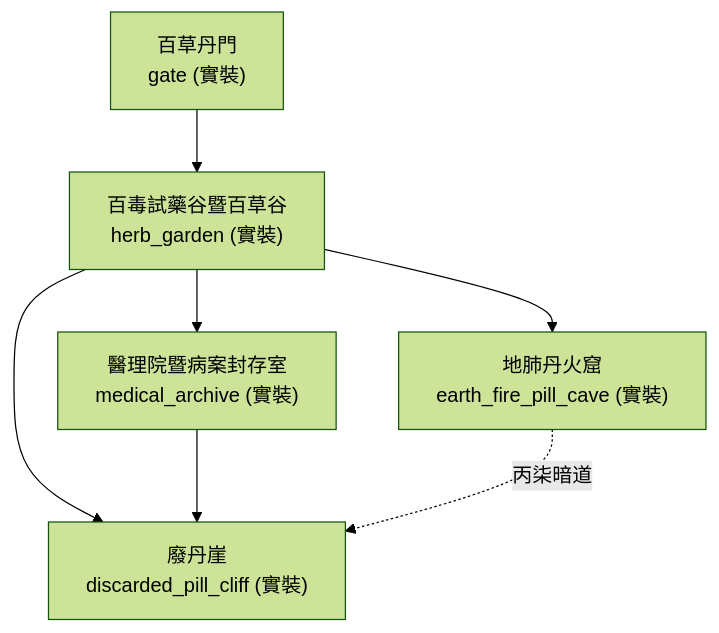
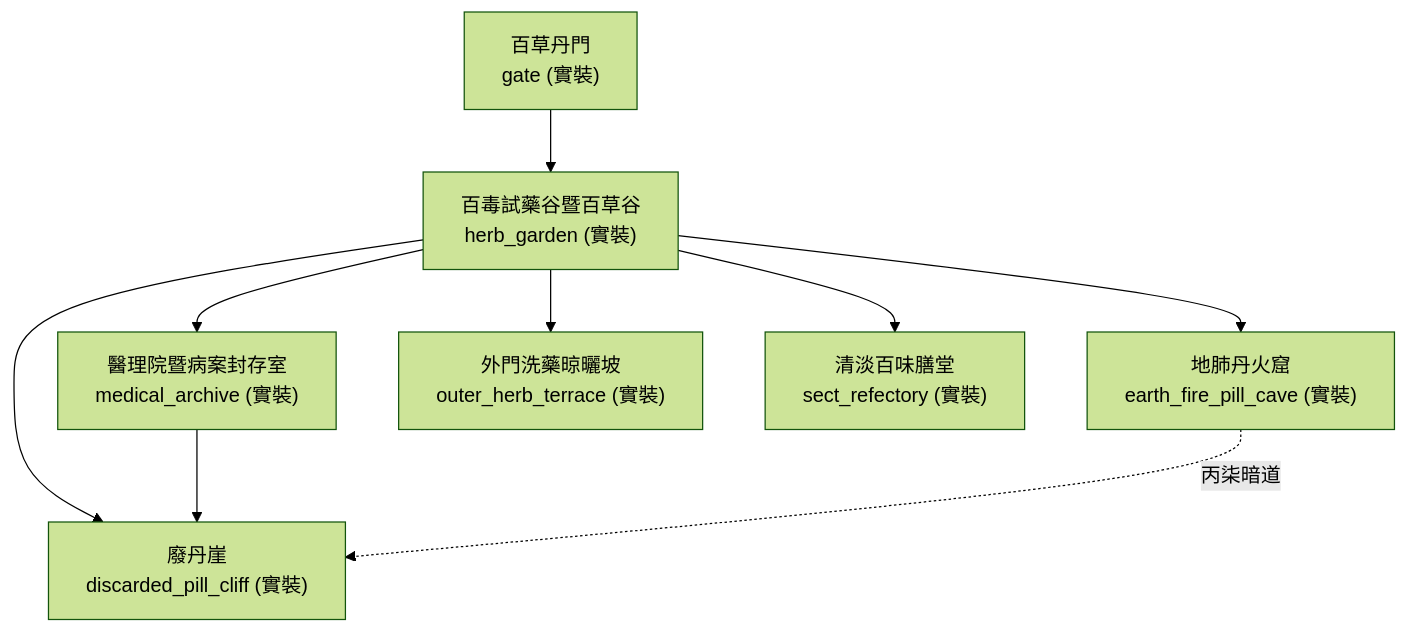
Before and after one commit to wade-fs/mudscript: the diagram in forgotten-space/narrative/docs/maps/tier2/danding_map.md, drawn with Mermaid (forest theme). The commit also changed other lines of this file and 16 other files, not shown here.

````diff
--- a/forgotten-space/narrative/docs/maps/tier2/danding_map.md
+++ b/forgotten-space/narrative/docs/maps/tier2/danding_map.md
@@ -19,14 +21,16 @@
 ```mermaid
 flowchart TD
   gate["百草丹門<br/>gate (實裝)"]
   herb_garden["百毒試藥谷暨百草谷<br/>herb_garden (實裝)"]
   medical_archive["醫理院暨病案封存室<br/>medical_archive (實裝)"]
   earth_fire_pill_cave["地肺丹火窟<br/>earth_fire_pill_cave (實裝)"]
   discarded_pill_cliff["廢丹崖<br/>discarded_pill_cliff (實裝)"]
   gate --> herb_garden
   herb_garden --> medical_archive
+  herb_garden --> outer_herb_terrace["外門洗藥晾曬坡<br/>outer_herb_terrace (實裝)"]
+  herb_garden --> sect_refectory["清淡百味膳堂<br/>sect_refectory (實裝)"]
   herb_garden --> earth_fire_pill_cave
   herb_garden --> discarded_pill_cliff
   medical_archive --> discarded_pill_cliff
   earth_fire_pill_cave -.丙柒暗道.-> discarded_pill_cliff
 ```
````
